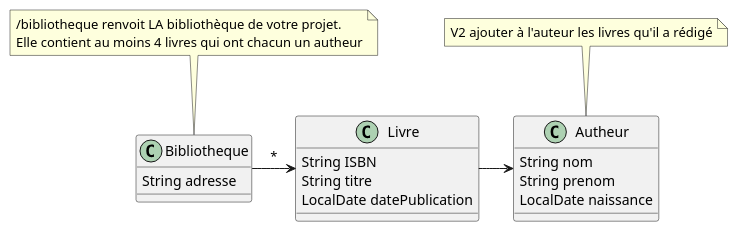
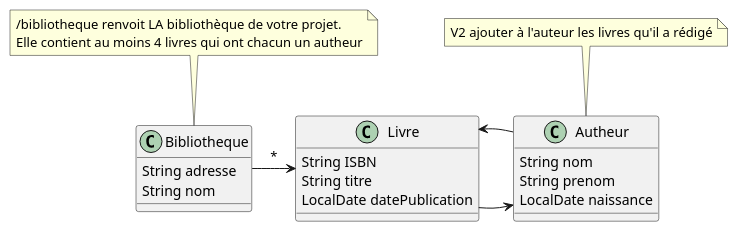
Before and after one commit to florentBourgeois/web-LPDAOO-24-25: the diagram in Ressources/classes.puml, drawn with PlantUML. The commit also changed 5 other files, not shown here.

Commit message:
autheur - livre bouclent

```diff
--- a/Ressources/classes.puml
+++ b/Ressources/classes.puml
@@ -1,29 +1,32 @@
 @startuml
 'https://plantuml.com/class-diagram
 
 class Bibliotheque{
     String adresse
+    String nom
 }
 
 class Livre {
     String ISBN
     String titre
     LocalDate datePublication
 }
 
 
 class Autheur {
     String nom
     String prenom
     LocalDate naissance
 }
 
 Bibliotheque -> Livre : *
 Livre -> Autheur
+Autheur -> Livre
+
 
 note "/bibliotheque renvoit LA bibliothèque de votre projet. \nElle contient au moins 4 livres qui ont chacun un autheur" as N1
 N1 .. Bibliotheque
 
 note "V2 ajouter à l'auteur les livres qu'il a rédigé" as N2
 N2 .. Autheur
 @enduml
```
